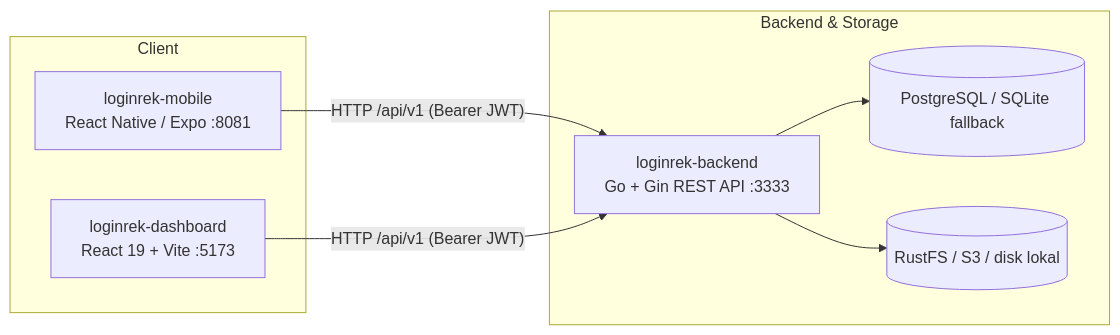
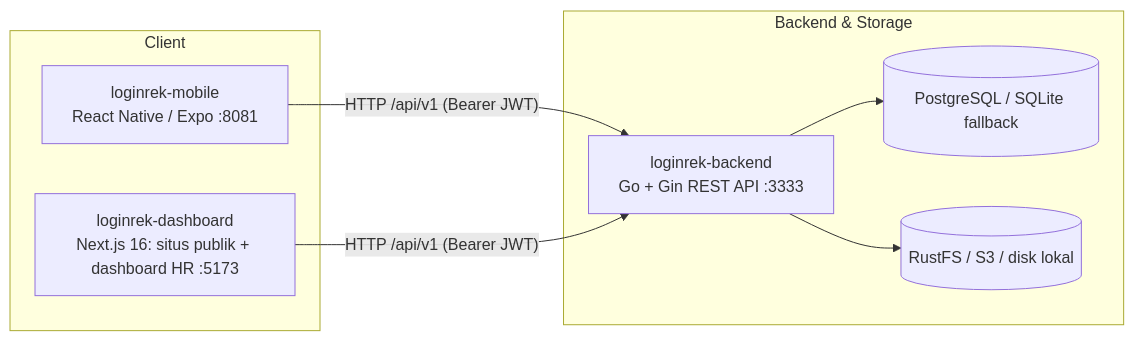
One commit to Bidtech-Solutions/sapakerja changed the first of 2 diagrams in docs/ARCHITECTURE.md. Above: the diagram before and after it, drawn with Mermaid. The commit also changed other lines of this file and 97 other files, not shown here.

````diff
--- a/docs/ARCHITECTURE.md
+++ b/docs/ARCHITECTURE.md
@@ -5,18 +5,18 @@
 ```mermaid
 flowchart LR
   subgraph Client
     M[loginrek-mobile<br/>React Native / Expo :8081]
-    W[loginrek-dashboard<br/>React 19 + Vite :5173]
+    W[loginrek-dashboard<br/>Next.js 16: situs publik + dashboard HR :5173]
   end
 
   subgraph Backend & Storage
     B[loginrek-backend<br/>Go + Gin REST API :3333]
     P[(PostgreSQL / SQLite fallback)]
     S[(RustFS / S3 / disk lokal)]
   end
 
   M -- "HTTP /api/v1 (Bearer JWT)" --> B
   W -- "HTTP /api/v1 (Bearer JWT)" --> B
   B --> P
   B --> S
 ```
````
